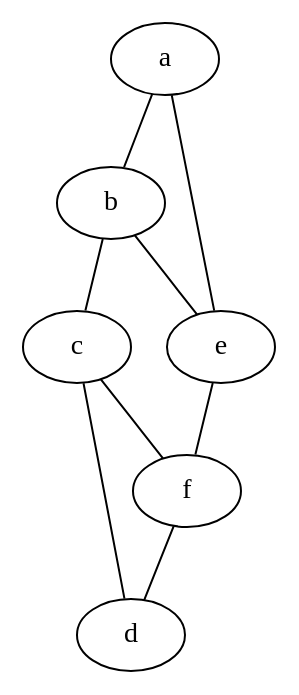
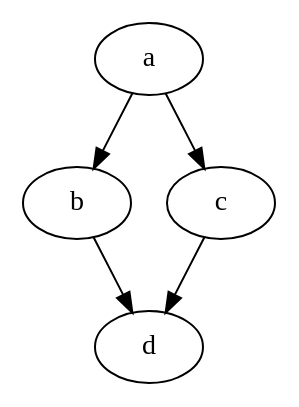
One commit to iszczesniak/opus changed the diagram in runs/six_node_net.dot. Above: the diagram before and after it, drawn with Graphviz. The commit also changed 2 other files, not shown here.

```diff
--- a/runs/six_node_net.dot
+++ b/runs/six_node_net.dot
@@ -1,12 +1,8 @@
-Graph {
-  a; b; c; d; e; f;
+digraph {
+  a; b; c; d;
 
-  a -- b [distance = "100", lambdas = "8"]
-  b -- c [distance = "200", lambdas = "8"]
-  c -- d [distance = "80", lambdas = "8"]
-  b -- e [distance = "40", lambdas = "8"]
-  c -- f [distance = "100", lambdas = "4"]
-  a -- e [distance = "210", lambdas = "4"]
-  e -- f [distance = "340", lambdas = "8"]
-  f -- d [distance = "50", lambdas = "4"]
+  a -> b [distance = "100", lambdas = "8"]
+  b -> d [distance = "200", lambdas = "8"]
+  a -> c [distance = "80", lambdas = "8"]
+  c -> d [distance = "40", lambdas = "8"]
 }
```
